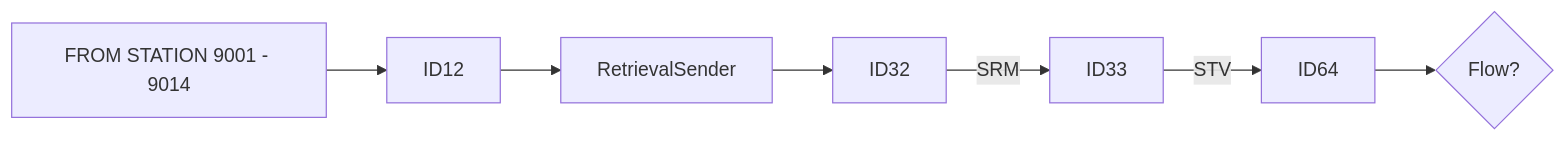
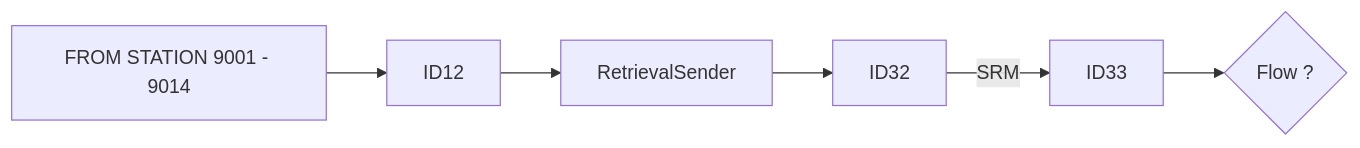
One commit to luthfiadityaa/SimeDarby-Wiki changed the first of 15 diagrams in Basic-Design/DFD-WMS/Retrieval/Transfer-Setting/Ambient-to-Tempering.md. Above: the diagram before and after it, drawn with Mermaid. The commit also changed other lines of this file, not shown here.

```diff
--- a/Basic-Design/DFD-WMS/Retrieval/Transfer-Setting/Ambient-to-Tempering.md
+++ b/Basic-Design/DFD-WMS/Retrieval/Transfer-Setting/Ambient-to-Tempering.md
@@ -10,5 +10,5 @@
 ::: mermaid
 flowchart LR
 
-P1[FROM STATION 9001 - 9014]-->P2[ID12]-->P3[RetrievalSender]-->P4[ID32]-->|SRM|P5[ID33]-->|STV|P6[ID64]-->Cond1{Flow?} 
+P1[FROM STATION 9001 - 9014]-->P2[ID12]-->P3[RetrievalSender]-->P4[ID32]-->|SRM|P5[ID33]-->Cond1{Flow ?} 
 :::
```
